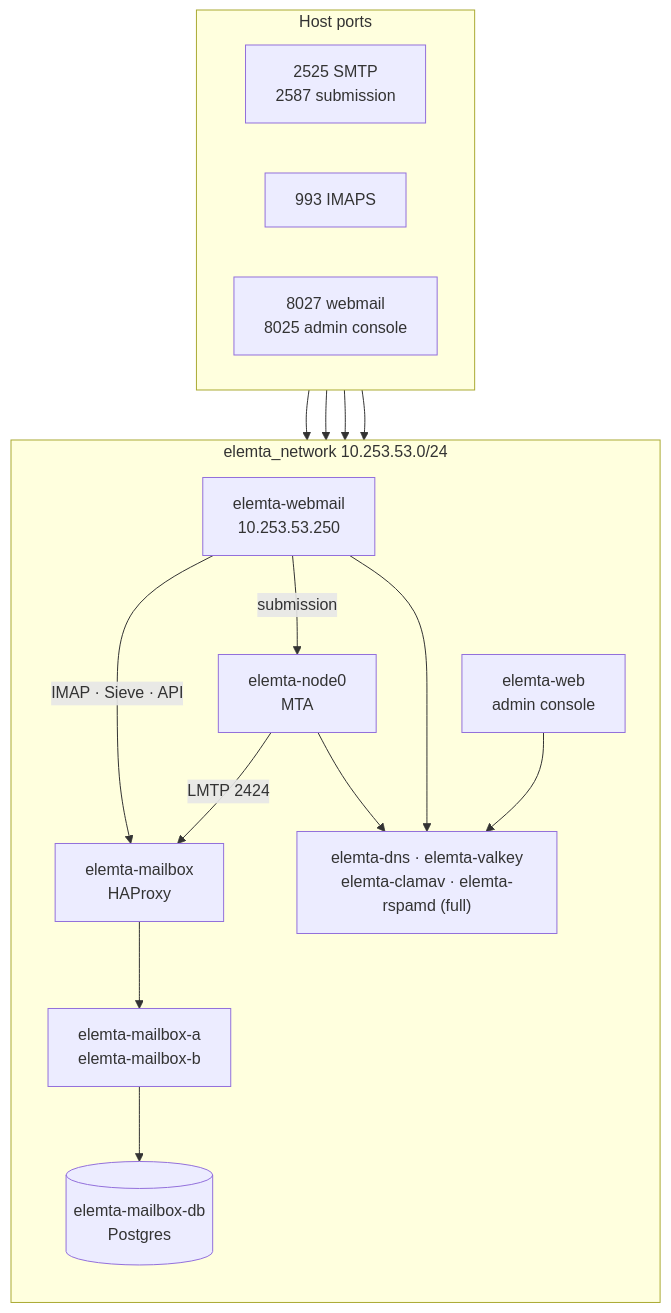
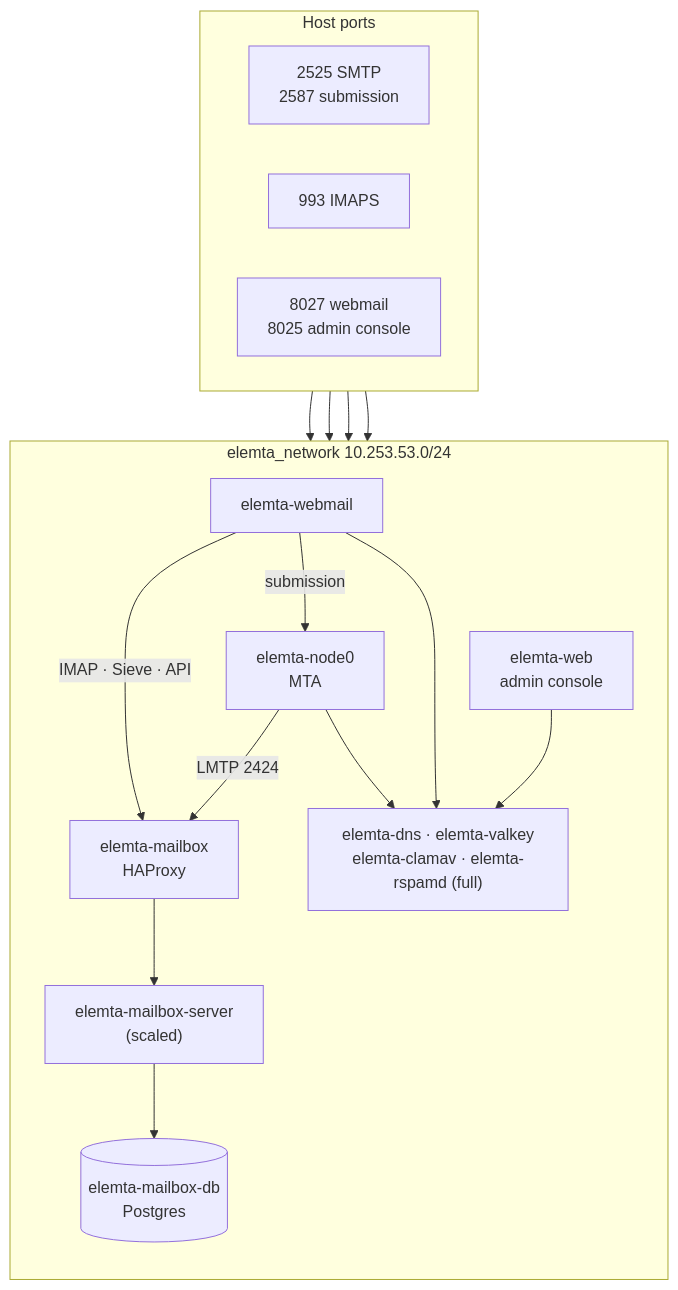
One commit to EvalAlan/elemta changed the diagram in docs/diagrams/compose.mmd. Above: the diagram before and after it, drawn with Mermaid. The commit also changed 20 other files, not shown here.

```diff
--- a/docs/diagrams/compose.mmd
+++ b/docs/diagrams/compose.mmd
@@ -1,28 +1,28 @@
 flowchart TB
     subgraph host["Host ports"]
         direction LR
         pmail["2525 SMTP<br/>2587 submission"]
         pimap["993 IMAPS"]
         pweb["8027 webmail<br/>8025 admin console"]
     end
 
     subgraph net["elemta_network 10.253.53.0/24"]
         direction TB
         node0["elemta-node0<br/>MTA"]
-        webmail["elemta-webmail<br/>10.253.53.250"]
+        webmail["elemta-webmail"]
         web["elemta-web<br/>admin console"]
         haproxy["elemta-mailbox<br/>HAProxy"]
-        replicas["elemta-mailbox-a<br/>elemta-mailbox-b"]
+        replicas["elemta-mailbox-server<br/>(scaled)"]
         db[("elemta-mailbox-db<br/>Postgres")]
         support["elemta-dns · elemta-valkey<br/>elemta-clamav · elemta-rspamd (full)"]
     end
 
     pmail --> node0
     pweb --> webmail
     pweb --> web
     pimap --> haproxy
     webmail -->|"submission"| node0
     webmail -->|"IMAP · Sieve · API"| haproxy
     node0 -->|"LMTP 2424"| haproxy
     haproxy --> replicas --> db
     node0 & webmail & web --> support
```
